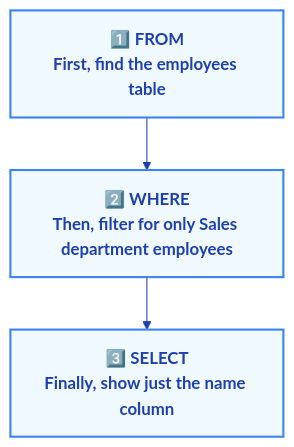
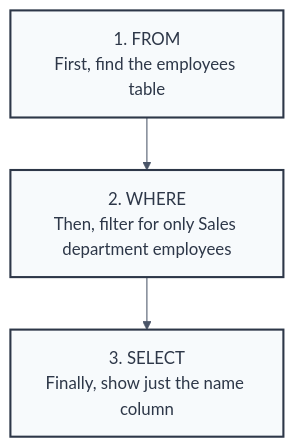
One commit to MayankBambal/mayankbambal.github.io changed the first of 2 diagrams in super_sql_guide/level_1/Chapter1/Introduction.md. Above: the diagram before and after it, drawn with Mermaid. The commit also changed other lines of this file and 3 other files, not shown here.

````diff
--- a/super_sql_guide/level_1/Chapter1/Introduction.md
+++ b/super_sql_guide/level_1/Chapter1/Introduction.md
@@ -40,22 +42,22 @@
 ```mermaid
 ---
 config:
   theme: base
   themeVariables:
-    primaryColor: '#3b82f6'
+    primaryColor: '#2d3748'
     primaryTextColor: '#ffffff'
-    primaryBorderColor: '#2563eb'
-    lineColor: '#1e40af'
-    secondaryColor: '#f0f9ff'
+    primaryBorderColor: '#1a202c'
+    lineColor: '#4a5568'
+    secondaryColor: '#f7fafc'
     background: '#ffffff'
     fontSize: '16px'
 ---
 flowchart TD
-    A["1️⃣ FROM<br/>First, find the employees table"] 
-    B["2️⃣ WHERE<br/>Then, filter for only Sales department employees"]
-    C["3️⃣ SELECT<br/>Finally, show just the name column"]
+    A["1. FROM<br/>First, find the employees table"] 
+    B["2. WHERE<br/>Then, filter for only Sales department employees"]
+    C["3. SELECT<br/>Finally, show just the name column"]
     
     A --> B --> C
     
-    classDef default fill:#f0f9ff,stroke:#3b82f6,stroke-width:2px,color:#1e40af,font-weight:bold
+    classDef default fill:#f7fafc,stroke:#2d3748,stroke-width:2px,color:#2d3748
 ```
````
